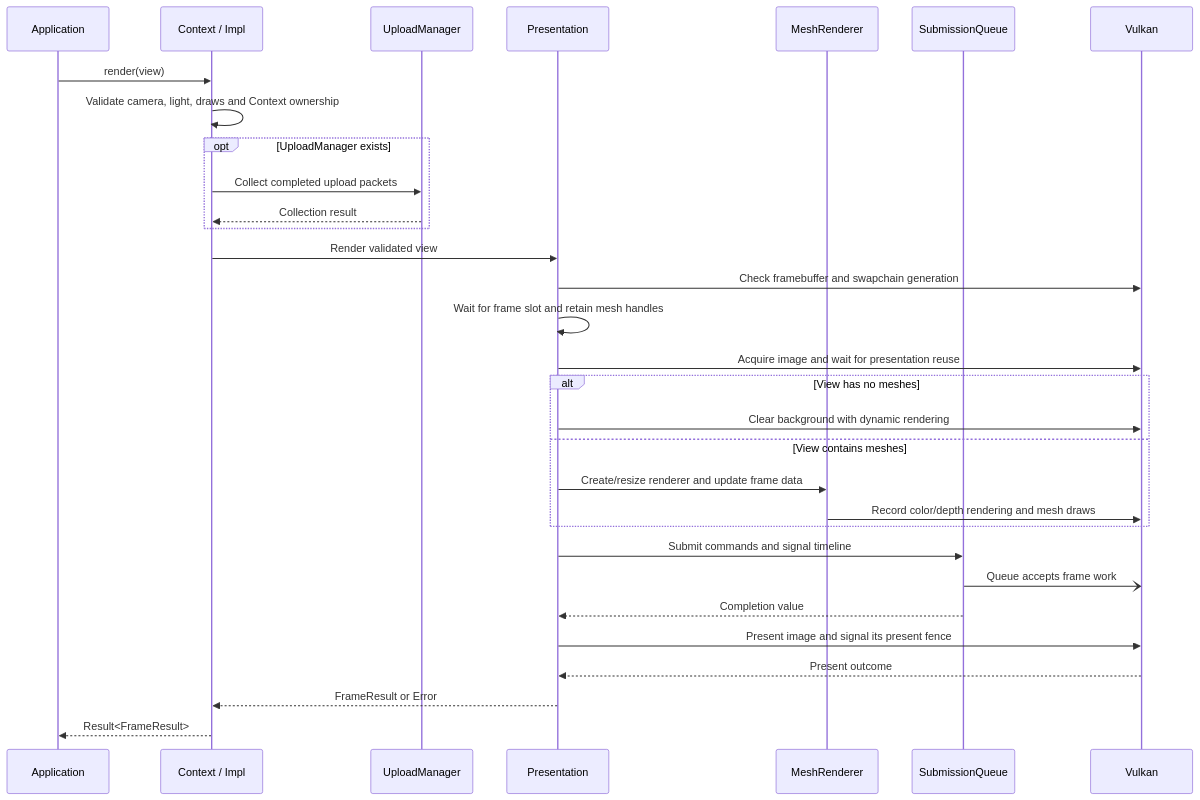
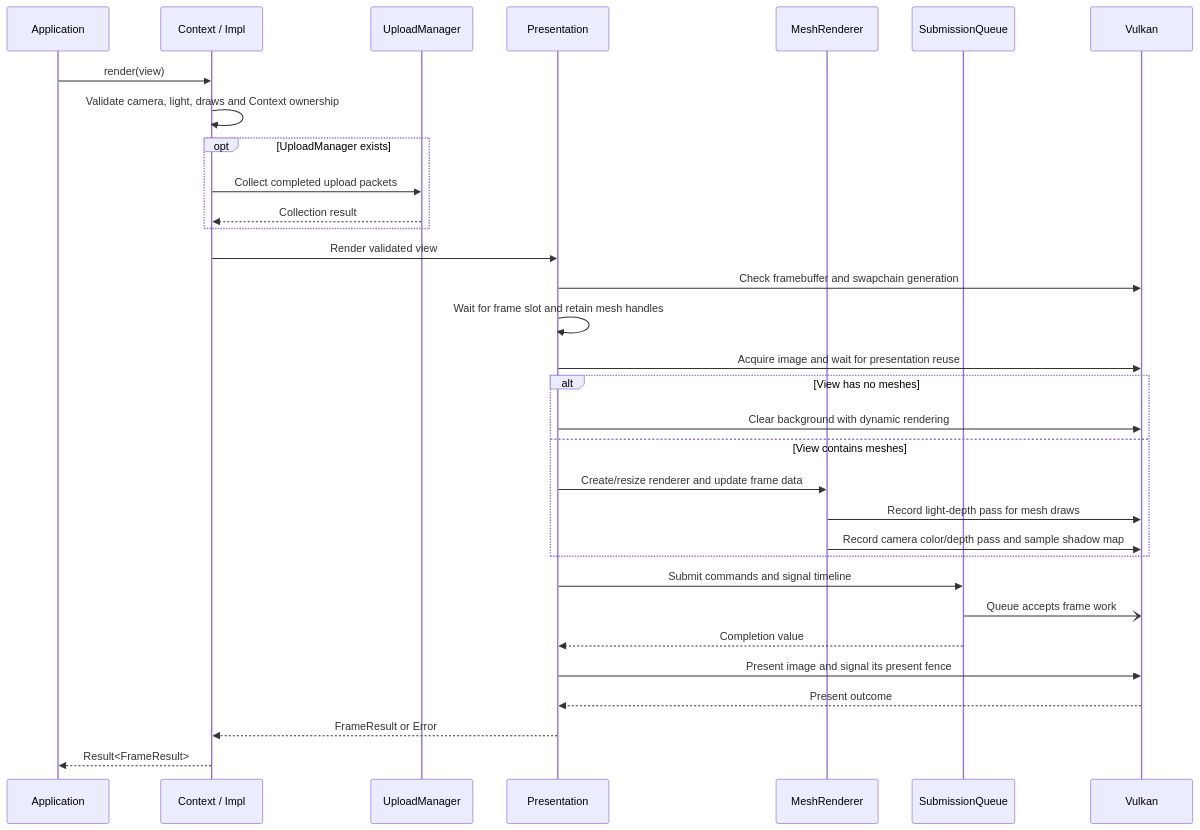
The diagram in docs/use-cases/render-view.md (a-soltysik/Panda), drawn with Mermaid before and after one commit. The commit also changed other lines of this file and 53 other files, not shown here.

````diff
--- a/docs/use-cases/render-view.md
+++ b/docs/use-cases/render-view.md
@@ -58,33 +60,34 @@
 ```mermaid
 sequenceDiagram
     participant A as Application
     participant C as Context / Impl
     participant U as UploadManager
     participant P as Presentation
     participant R as MeshRenderer
     participant Q as SubmissionQueue
     participant V as Vulkan
     A->>C: render(view)
     C->>C: Validate camera, light, draws and Context ownership
     opt UploadManager exists
         C->>U: Collect completed upload packets
         U-->>C: Collection result
     end
     C->>P: Render validated view
     P->>V: Check framebuffer and swapchain generation
     P->>P: Wait for frame slot and retain mesh handles
     P->>V: Acquire image and wait for presentation reuse
     alt View has no meshes
         P->>V: Clear background with dynamic rendering
     else View contains meshes
         P->>R: Create/resize renderer and update frame data
-        R->>V: Record color/depth rendering and mesh draws
+        R->>V: Record light-depth pass for mesh draws
+        R->>V: Record camera color/depth pass and sample shadow map
     end
     P->>Q: Submit commands and signal timeline
     Q-)V: Queue accepts frame work
     Q-->>P: Completion value
     P->>V: Present image and signal its present fence
     V-->>P: Present outcome
     P-->>C: FrameResult or Error
     C-->>A: Result<FrameResult>
 ```
````
